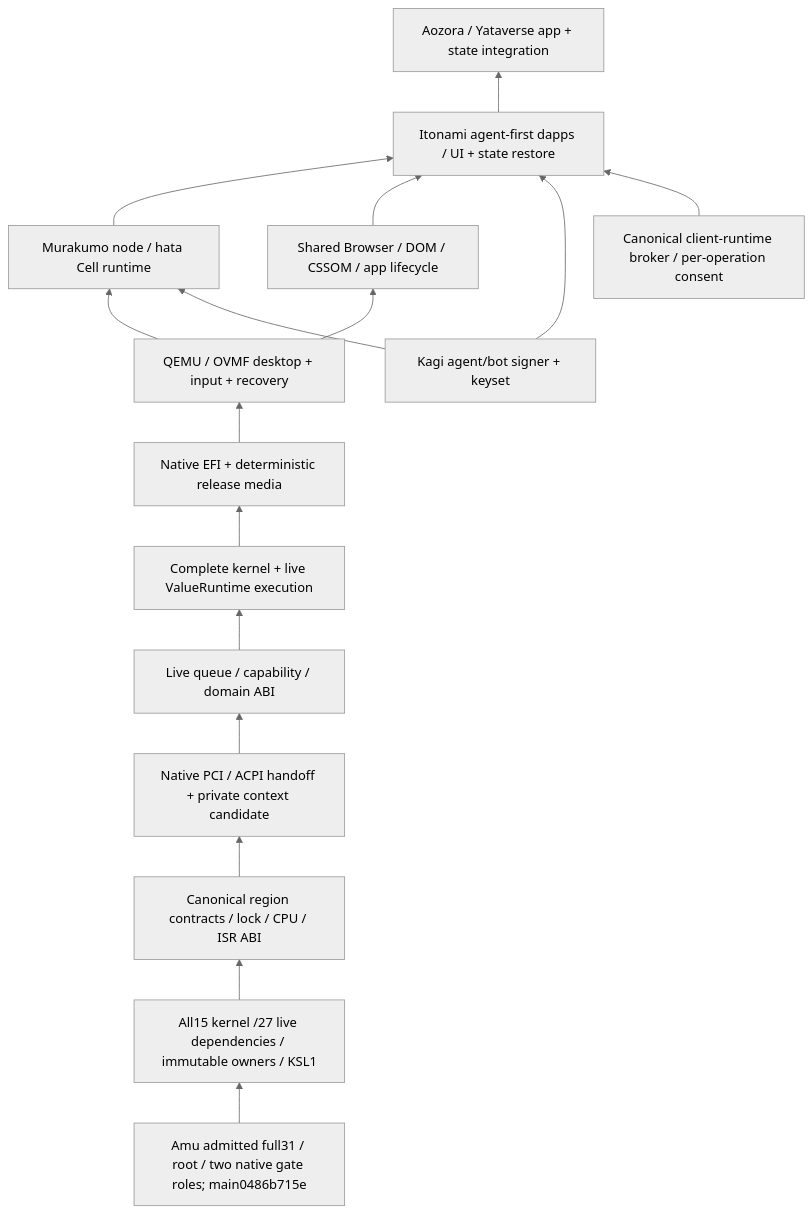
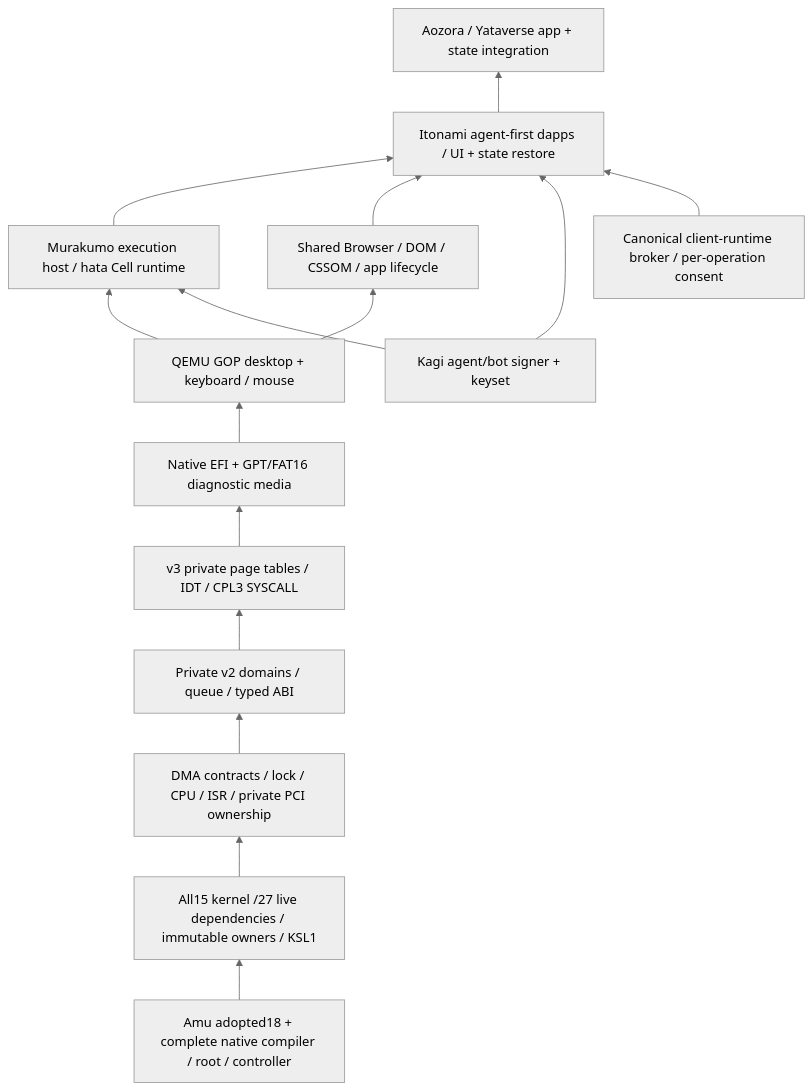
One commit to kotoba-lang/aiueos changed the diagram in 90-docs/native-selfhost-integration.md. Above: the diagram before and after it, drawn with Mermaid (neutral theme). The commit also changed other lines of this file and 1 other file, not shown here.

Commit message:
Bind native x86 live media and desktop qualification

````diff
--- a/90-docs/native-selfhost-integration.md
+++ b/90-docs/native-selfhost-integration.md
@@ -8,18 +8,17 @@
 ```mermaid
 flowchart BT
-  A["Amu admitted full31 / root / two native gate roles; main0486b715e"] --> B["All15 kernel /27 live dependencies / immutable owners / KSL1"]
-  B --> C["Canonical region contracts / lock / CPU / ISR ABI"]
-  C --> P["Native PCI / ACPI handoff + private context candidate"]
-  P --> V["Live queue / capability / domain ABI"]
-  V --> D["Complete kernel + live ValueRuntime execution"]
-  D --> E["Native EFI + deterministic release media"]
-  E --> Q["QEMU / OVMF desktop + input + recovery"]
-  Q --> N["Murakumo node / hata Cell runtime"]
+  A["Amu adopted18 + complete native compiler / root / controller"] --> B["All15 kernel /27 live dependencies / immutable owners / KSL1"]
+  B --> C["DMA contracts / lock / CPU / ISR / private PCI ownership"]
+  C --> V["Private v2 domains / queue / typed ABI"]
+  V --> D["v3 private page tables / IDT / CPL3 SYSCALL"]
+  D --> E["Native EFI + GPT/FAT16 diagnostic media"]
+  E --> Q["QEMU GOP desktop + keyboard / mouse"]
+  Q --> N["Murakumo execution host / hata Cell runtime"]
   Q --> W["Shared Browser / DOM / CSSOM / app lifecycle"]
   N --> F["Itonami agent-first dapps / UI + state restore"]
   W --> F
   F --> G["Aozora / Yataverse app + state integration"]
   H["Kagi agent/bot signer + keyset"] --> N
   H --> F
   R["Canonical client-runtime broker / per-operation consent"] --> F
 ```
````
